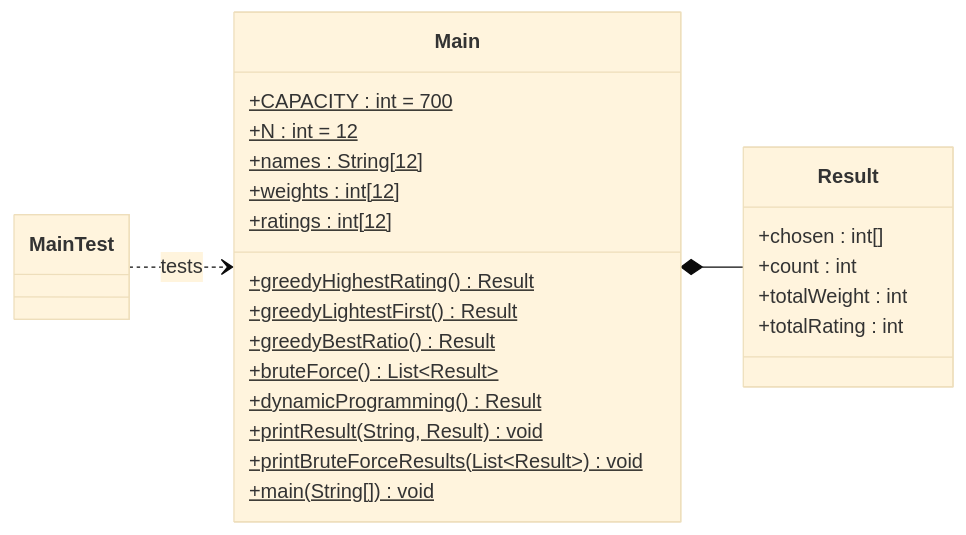
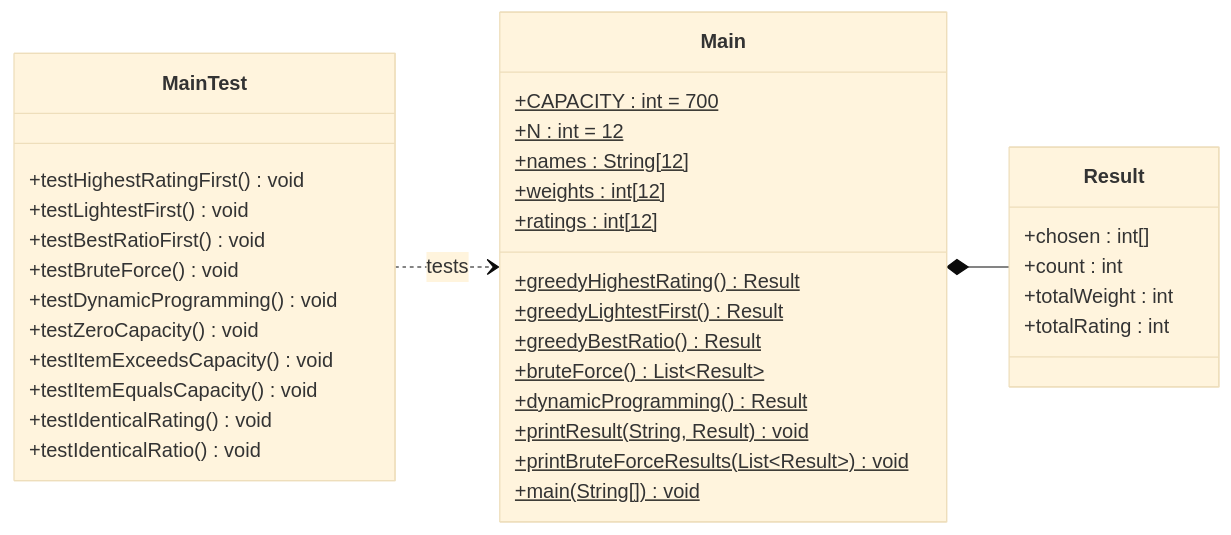
The diagram in docs/UML.md (Adam-Kharon/CS_2430_Programming_Project_3), drawn with Mermaid (base theme) before and after one commit.

Commit message:
Add test method signatures to MainTest class

````diff
--- a/docs/UML.md
+++ b/docs/UML.md
@@ -1,35 +1,44 @@
 ```mermaid
 classDiagram
     direction LR
 
     class Main {
         +CAPACITY : int = 700$
         +N : int = 12$
         +names : String[12]$
         +weights : int[12]$
         +ratings : int[12]$
 
         +greedyHighestRating() Result$
         +greedyLightestFirst() Result$
         +greedyBestRatio() Result$
         +bruteForce() List~Result~$
         +dynamicProgramming() Result$
         +printResult(String, Result) void$
         +printBruteForceResults(List~Result~) void$
         +main(String[]) void$
     }
 
     class Result {
         +chosen : int[]
         +count : int
         +totalWeight : int
         +totalRating : int
     }
 
     class MainTest {
-        
+        +testHighestRatingFirst() void
+        +testLightestFirst() void
+        +testBestRatioFirst() void
+        +testBruteForce() void
+        +testDynamicProgramming() void
+        +testZeroCapacity() void
+        +testItemExceedsCapacity() void
+        +testItemEqualsCapacity() void
+        +testIdenticalRating() void
+        +testIdenticalRatio() void
     }
 
     Main *-- Result
     MainTest ..> Main : tests
 ```
````
